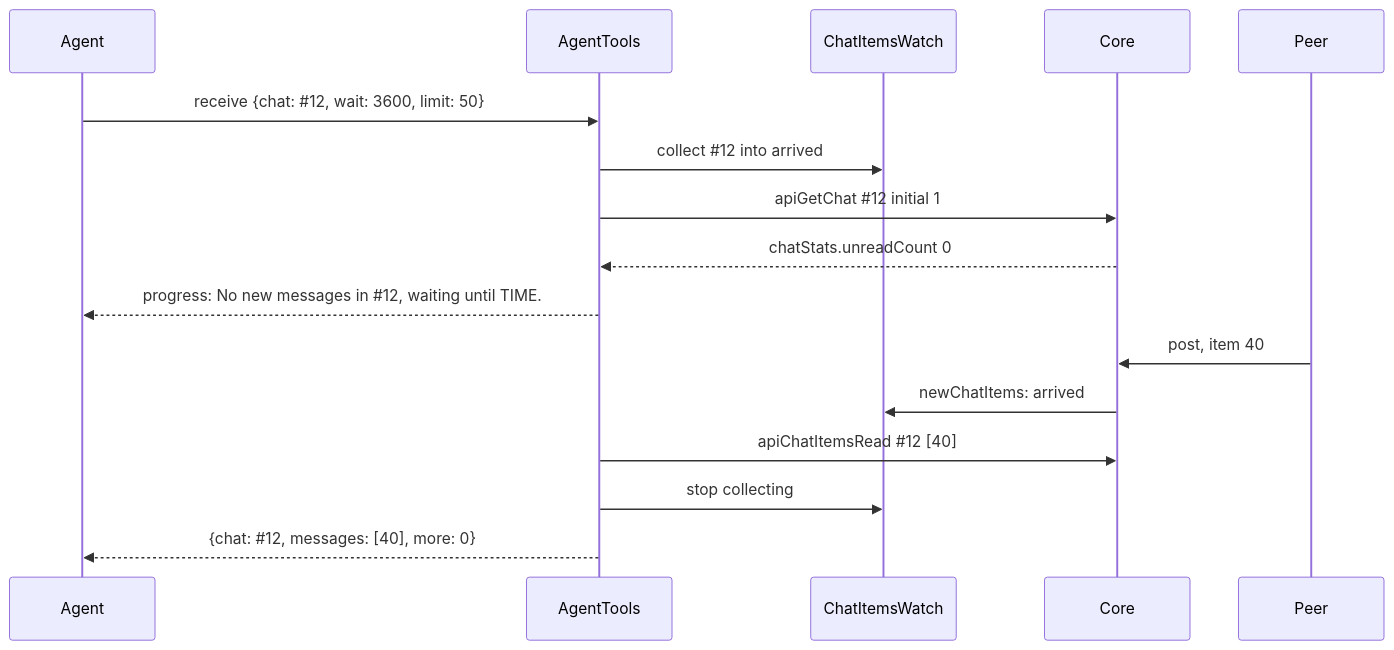
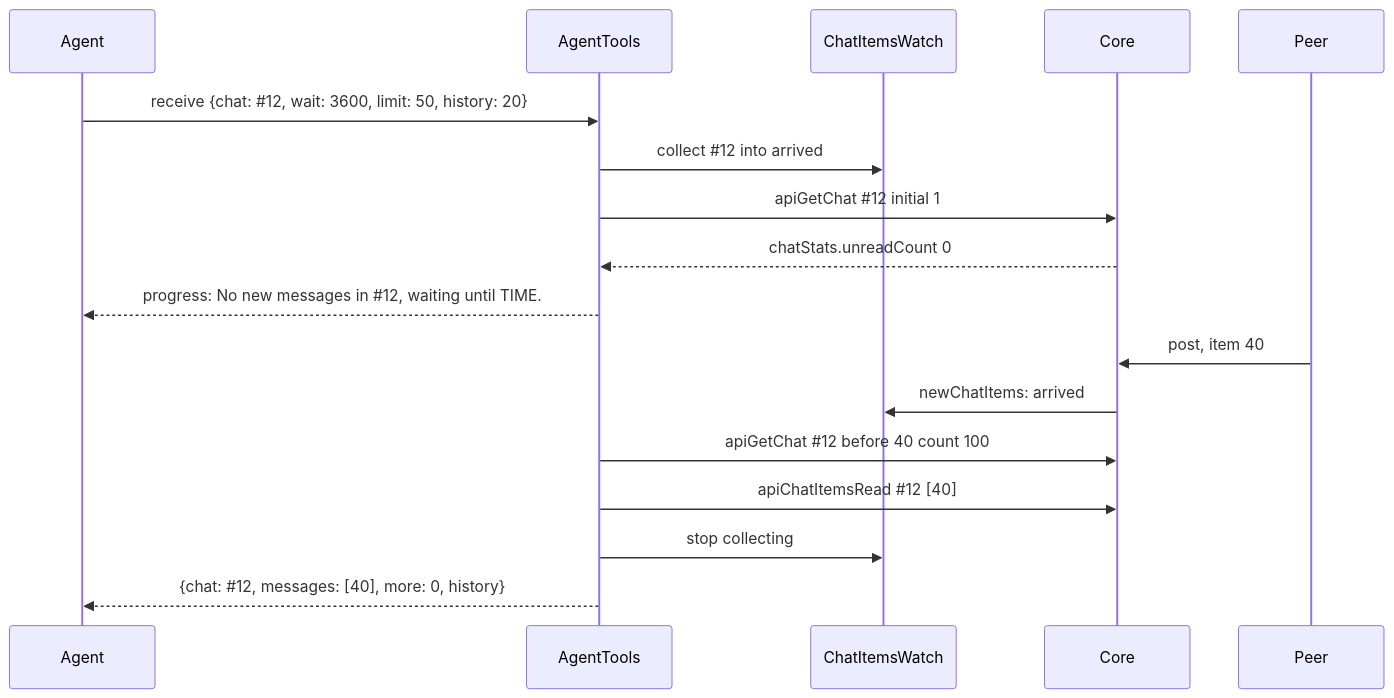
The fifth of 40 diagrams in packages/simplex-chat-mcp/spec/flows.md (simplex-chat/simplex-chat), drawn with Mermaid before and after one commit. The commit also changed other lines of this file and 11 other files, not shown here.

First line of the commit message:
mcp server: recall the chat history in a new agent session (#8141)

````diff
--- a/packages/simplex-chat-mcp/spec/flows.md
+++ b/packages/simplex-chat-mcp/spec/flows.md
@@ -283,18 +283,19 @@
 ```mermaid
 sequenceDiagram
   participant A as Agent
   participant T as AgentTools
   participant W as ChatItemsWatch
   participant C as Core
   participant D as Peer
-  A->>T: receive {chat: #35;12, wait: 3600, limit: 50}
+  A->>T: receive {chat: #35;12, wait: 3600, limit: 50, history: 20}
   T->>W: collect #35;12 into arrived
   T->>C: apiGetChat #35;12 initial 1
   C-->>T: chatStats.unreadCount 0
   T-->>A: progress: No new messages in #35;12, waiting until TIME.
   D->>C: post, item 40
   C->>W: newChatItems: arrived
+  T->>C: apiGetChat #35;12 before 40 count 100
   T->>C: apiChatItemsRead #35;12 [40]
   T->>W: stop collecting
-  T-->>A: {chat: #35;12, messages: [40], more: 0}
+  T-->>A: {chat: #35;12, messages: [40], more: 0, history}
 ```
````
